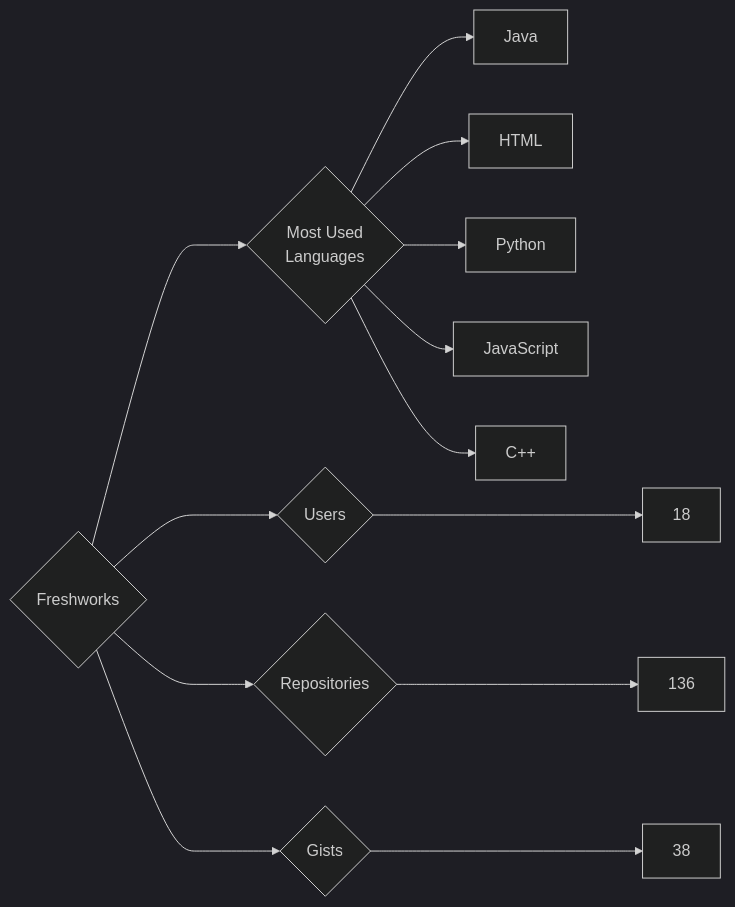
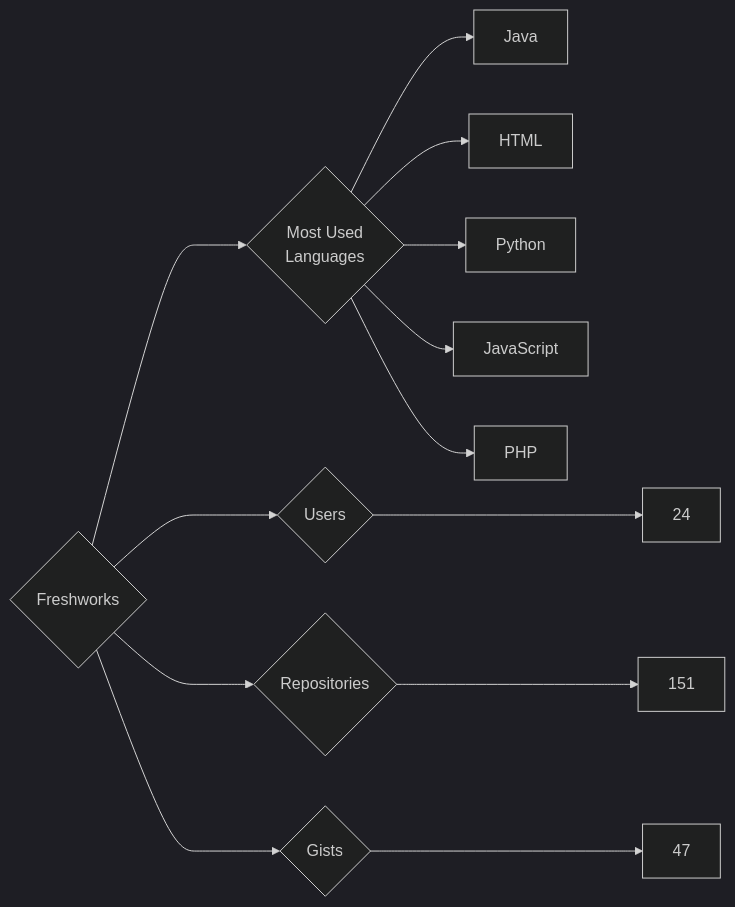
Before and after one commit to trickest/insiders: the diagram in targets/Freshworks/README.md, drawn with Mermaid (dark theme). The commit also changed 814 other files, not shown here.

````diff
--- a/targets/Freshworks/README.md
+++ b/targets/Freshworks/README.md
@@ -3,13 +3,13 @@
 ```mermaid
 graph LR
 COMPANY_NAME{Freshworks}
-COMPANY_NAME ---> U{Users} ---> UN[18]
-COMPANY_NAME ---> R{Repositories} ---> RN[136]
-COMPANY_NAME ---> G{Gists} ---> GN[38]
+COMPANY_NAME ---> U{Users} ---> UN[24]
+COMPANY_NAME ---> R{Repositories} ---> RN[151]
+COMPANY_NAME ---> G{Gists} ---> GN[47]
 COMPANY_NAME ---> ML{Most Used<br>Languages}
 ML --> Java[Java]
 ML --> HTML[HTML]
 ML --> Python[Python]
 ML --> JavaScript[JavaScript]
-ML --> C++[C++]
+ML --> PHP[PHP]
 ```
````
